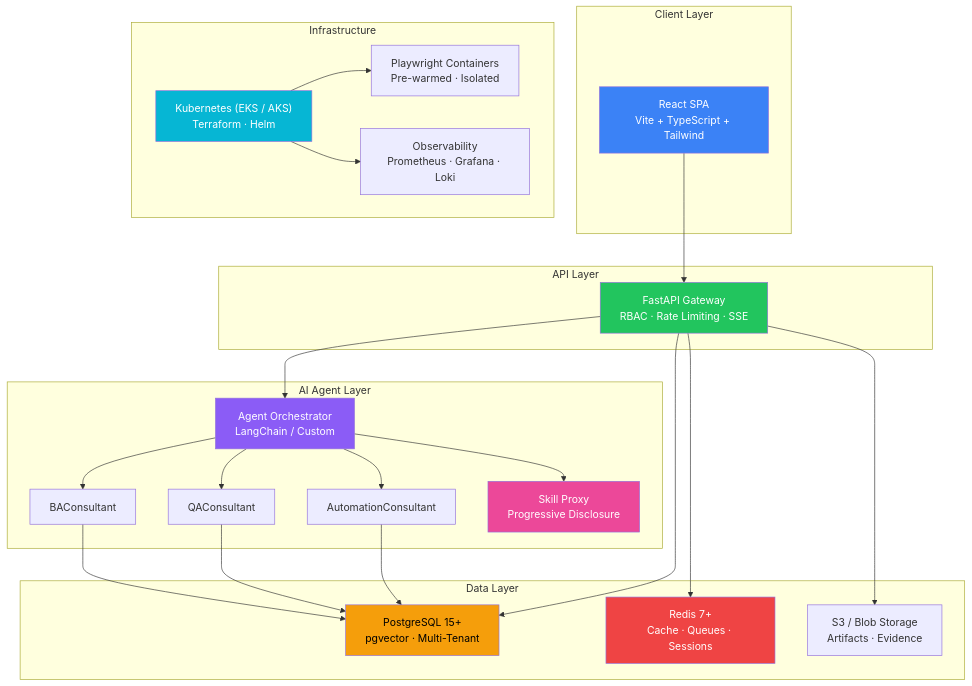
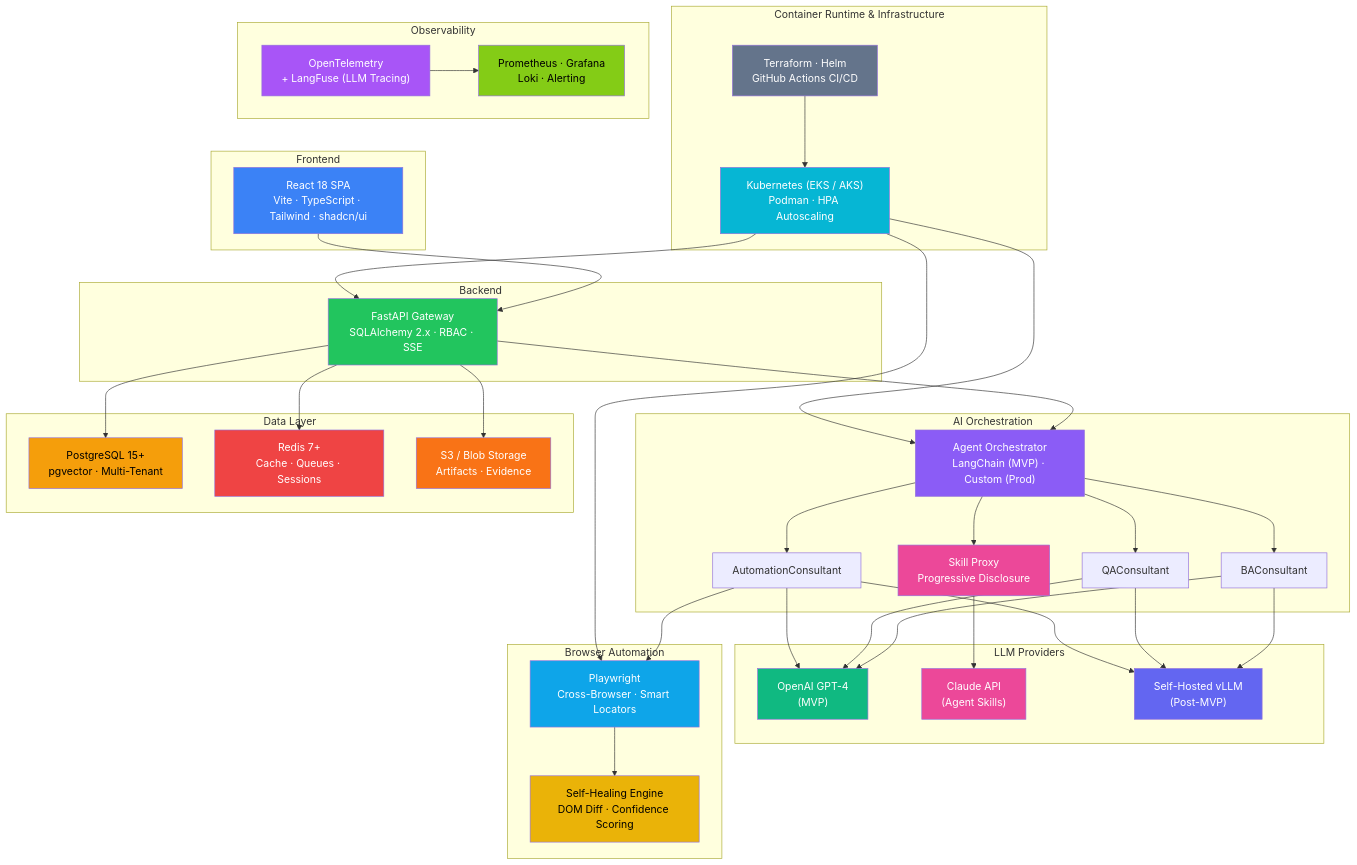
The third of 4 diagrams in README.md (azfarhussain-10p/QUALISYS), drawn with Mermaid before and after one commit.

Commit message:
Update Mermaid Digram Under Technology Architecture

````diff
--- a/README.md
+++ b/README.md
@@ -406,45 +406,73 @@
 ```mermaid
 flowchart TD
-    subgraph CLIENT ["Client Layer"]
-        WEB["React SPA<br/>Vite + TypeScript + Tailwind"]
+    subgraph CLIENT ["Frontend"]
+        WEB["React 18 SPA<br/>Vite · TypeScript · Tailwind · shadcn/ui"]
     end
 
-    subgraph API_LAYER ["API Layer"]
-        GW["FastAPI Gateway<br/>RBAC · Rate Limiting · SSE"]
+    subgraph BACKEND ["Backend"]
+        GW["FastAPI Gateway<br/>SQLAlchemy 2.x · RBAC · SSE"]
     end
 
-    subgraph AI ["AI Agent Layer"]
-        ORCH["Agent Orchestrator<br/>LangChain / Custom"]
+    subgraph AI ["AI Orchestration"]
+        ORCH["Agent Orchestrator<br/>LangChain (MVP) · Custom (Prod)"]
         BA["BAConsultant"] & QA["QAConsultant"] & AUT["AutomationConsultant"]
         SKILL["Skill Proxy<br/>Progressive Disclosure"]
+    end
+
+    subgraph LLM ["LLM Providers"]
+        GPT["OpenAI GPT-4<br/>(MVP)"]
+        CLAUDE["Claude API<br/>(Agent Skills)"]
+        VLLM["Self-Hosted vLLM<br/>(Post-MVP)"]
     end
 
     subgraph DATA ["Data Layer"]
         PG["PostgreSQL 15+<br/>pgvector · Multi-Tenant"]
         RD["Redis 7+<br/>Cache · Queues · Sessions"]
         S3["S3 / Blob Storage<br/>Artifacts · Evidence"]
     end
 
-    subgraph INFRA ["Infrastructure"]
-        K8S["Kubernetes (EKS / AKS)<br/>Terraform · Helm"]
-        PW["Playwright Containers<br/>Pre-warmed · Isolated"]
-        OBS["Observability<br/>Prometheus · Grafana · Loki"]
+    subgraph BROWSER ["Browser Automation"]
+        PW["Playwright<br/>Cross-Browser · Smart Locators"]
+        HEAL["Self-Healing Engine<br/>DOM Diff · Confidence Scoring"]
+    end
+
+    subgraph RUNTIME ["Container Runtime & Infrastructure"]
+        K8S["Kubernetes (EKS / AKS)<br/>Podman · HPA Autoscaling"]
+        IaC["Terraform · Helm<br/>GitHub Actions CI/CD"]
+    end
+
+    subgraph OBS_LAYER ["Observability"]
+        OTEL["OpenTelemetry<br/>+ LangFuse (LLM Tracing)"]
+        PROM["Prometheus · Grafana<br/>Loki · Alerting"]
     end
 
     WEB --> GW
     GW --> ORCH
     ORCH --> BA & QA & AUT
     ORCH --> SKILL
-    BA & QA & AUT --> PG
+    SKILL --> CLAUDE
+    BA & QA & AUT --> GPT & VLLM
     GW --> PG & RD & S3
-    K8S --> PW
-    K8S --> OBS
+    AUT --> PW
+    PW --> HEAL
+    K8S --> PW & GW & ORCH
+    IaC --> K8S
+    OTEL --> PROM
 
     style WEB fill:#3b82f6,color:#fff
     style GW fill:#22c55e,color:#fff
     style ORCH fill:#8b5cf6,color:#fff
+    style GPT fill:#10b981,color:#fff
+    style CLAUDE fill:#ec4899,color:#fff
+    style VLLM fill:#6366f1,color:#fff
     style PG fill:#f59e0b,color:#000
     style RD fill:#ef4444,color:#fff
+    style S3 fill:#f97316,color:#fff
+    style PW fill:#0ea5e9,color:#fff
+    style HEAL fill:#eab308,color:#000
     style K8S fill:#06b6d4,color:#fff
+    style IaC fill:#64748b,color:#fff
+    style OTEL fill:#a855f7,color:#fff
+    style PROM fill:#84cc16,color:#000
     style SKILL fill:#ec4899,color:#fff
 ```
````
